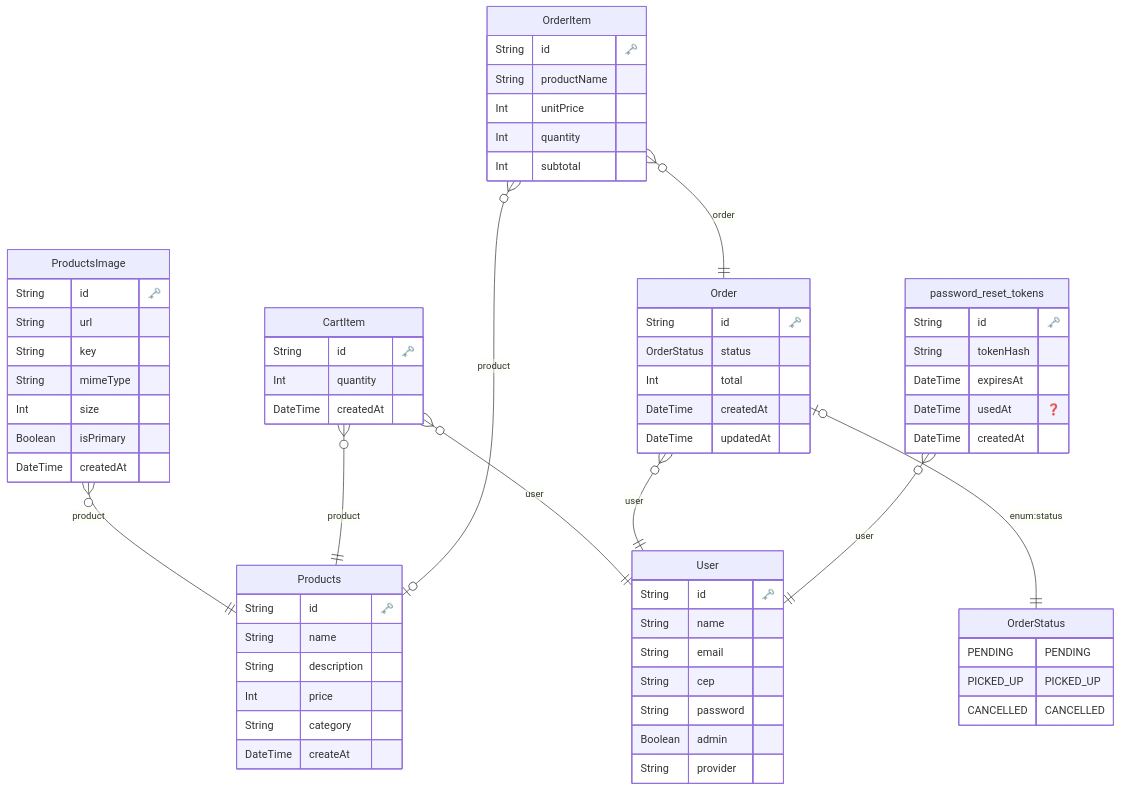
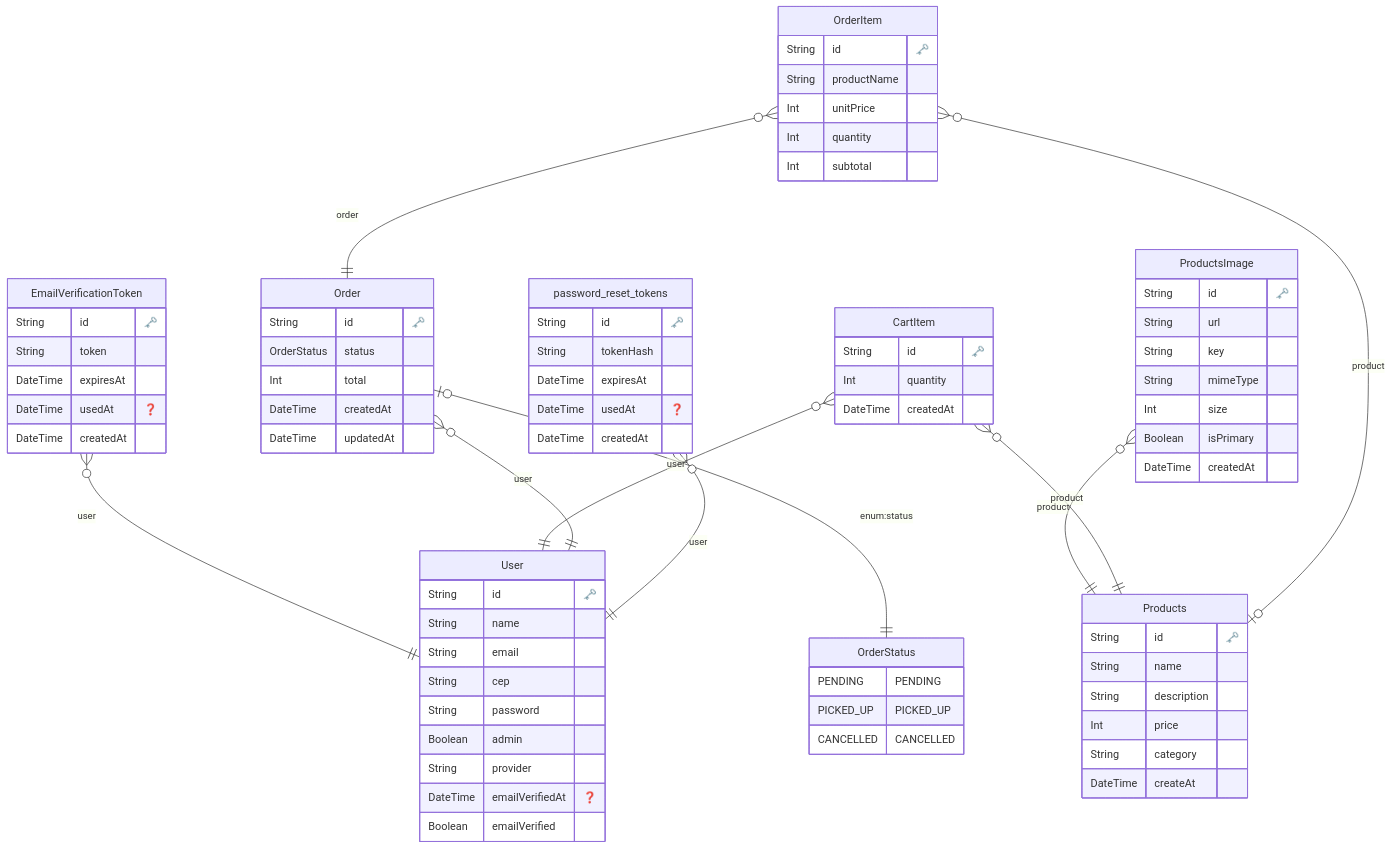
Before and after one commit to DevWesleyMedeiros/casa-do-hamburger: the diagram in back-end/docs/architecture/ERD.md, drawn with Mermaid. The commit also changed 3 other files, not shown here.

First line of the commit message:
feat(auth): add email verification functionality

```diff
--- a/back-end/docs/architecture/ERD.md
+++ b/back-end/docs/architecture/ERD.md
@@ -15,6 +15,17 @@
     String password 
     Boolean admin 
     String provider 
+    DateTime emailVerifiedAt "❓"
+    Boolean emailVerified 
+    }
+  
+
+  "EmailVerificationToken" {
+    String id "🗝️"
+    String token 
+    DateTime expiresAt 
+    DateTime usedAt "❓"
+    DateTime createdAt 
     }
   
 
@@ -72,6 +83,7 @@
     DateTime createdAt 
     }
   
+    "EmailVerificationToken" }o--|| "User" : "user"
     "ProductsImage" }o--|| "Products" : "product"
     "CartItem" }o--|| "Products" : "product"
     "CartItem" }o--|| "User" : "user"
```
